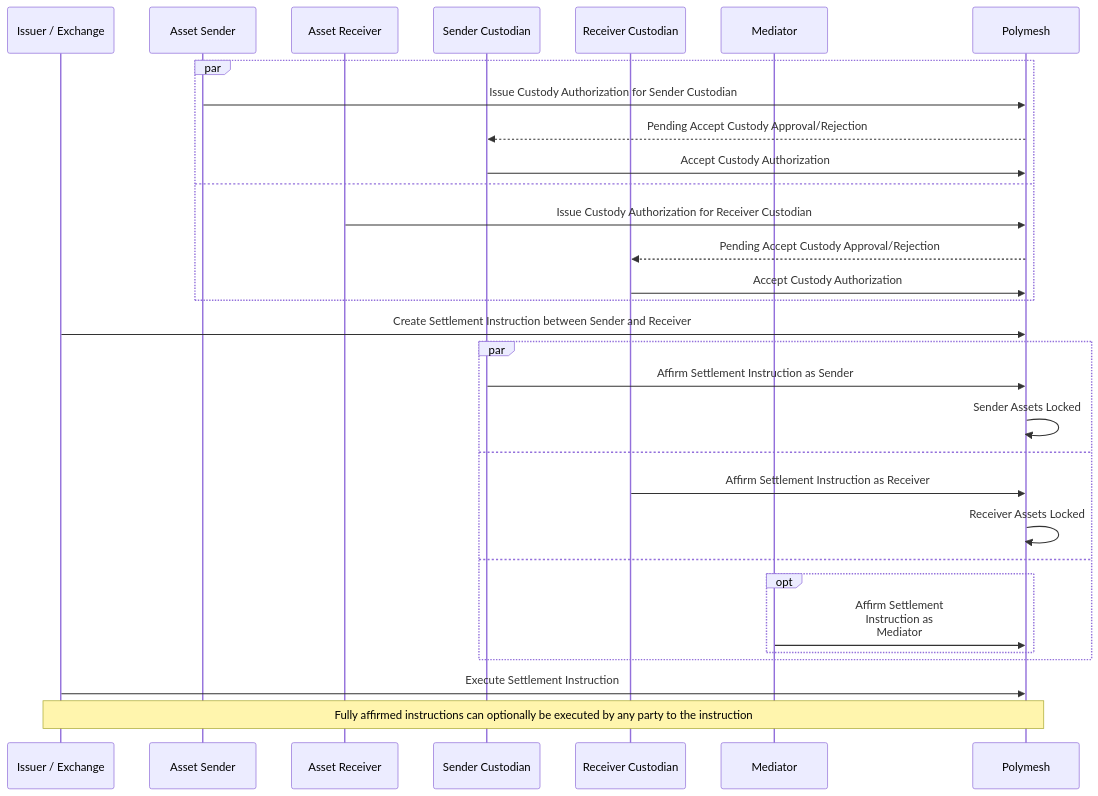
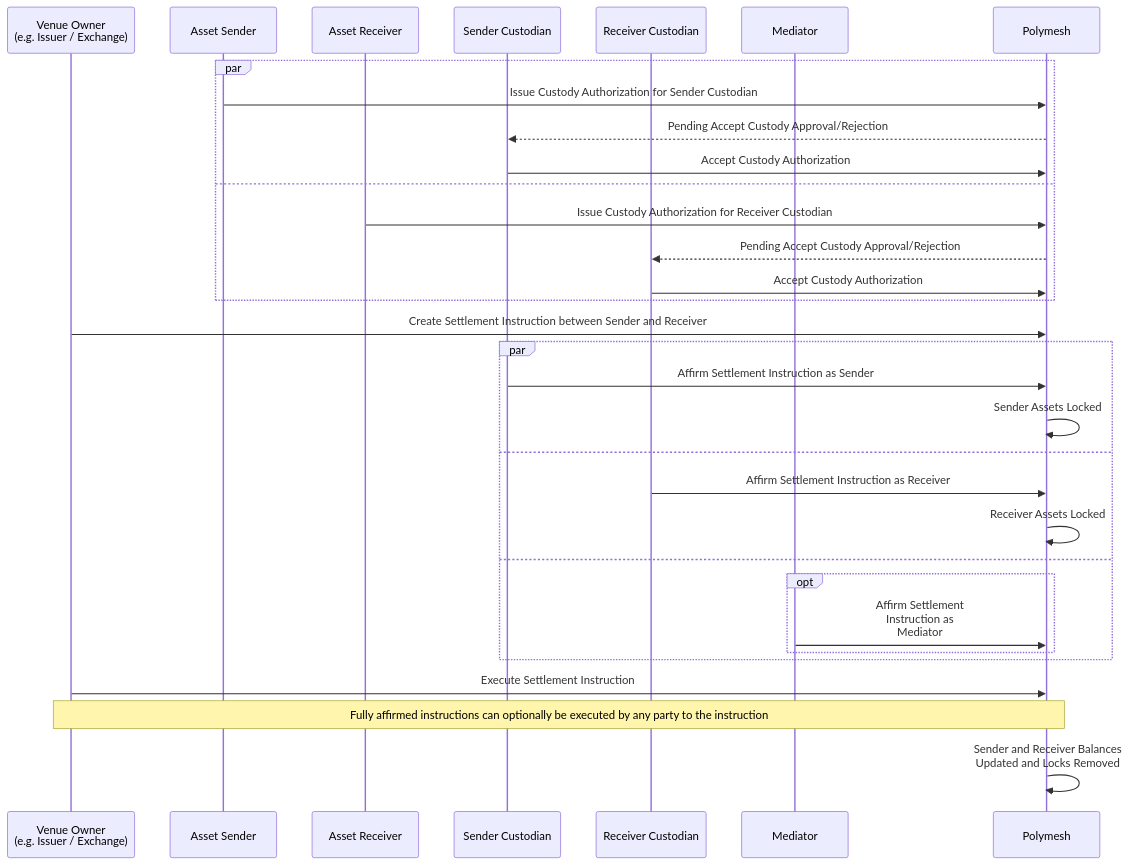
One commit to PolymeshAssociation/polymesh-documentation-site changed the fourth of 5 diagrams in polymesh-docs/primitives/settlement/settlement-diagrams.mdx. Above: the diagram before and after it, drawn with Mermaid. The commit also changed other lines of this file, not shown here.

Commit message:
change "Issuer / Exchange" to "Venue Owner"

````diff
--- a/polymesh-docs/primitives/settlement/settlement-diagrams.mdx
+++ b/polymesh-docs/primitives/settlement/settlement-diagrams.mdx
@@ -103,38 +103,38 @@
 ```mermaid
 sequenceDiagram
-participant I as Issuer / Exchange
+participant I as Venue Owner<br>(e.g. Issuer / Exchange)
 participant S as Asset Sender
 participant R as Asset Receiver
 participant SC as Sender Custodian
 participant RC as Receiver Custodian
 participant M as Mediator
 participant P as Polymesh
 
 par
   S ->> P: Issue Custody Authorization for Sender Custodian
-  P -->> SC: Pending Accept Custody Approval/Rejection  
+  P -->> SC: Pending Accept Custody Approval/Rejection
   SC ->> P: Accept Custody Authorization
 and
   R ->> P: Issue Custody Authorization for Receiver Custodian
-  P -->> RC: Pending Accept Custody Approval/Rejection  
+  P -->> RC: Pending Accept Custody Approval/Rejection
   RC ->> P: Accept Custody Authorization
 end
 
 I ->> P: Create Settlement Instruction between Sender and Receiver
 
 par
   SC ->> P: Affirm Settlement Instruction as Sender
   P ->> P: Sender Assets Locked
 and
   RC ->> P: Affirm Settlement Instruction as Receiver
   P ->> P: Receiver Assets Locked
 and
   opt
     M ->> P: Affirm Settlement<br>Instruction as<br>Mediator
   end
 end
 
 I ->> P: Execute Settlement Instruction
 Note over I,P: Fully affirmed instructions can optionally be executed by any party to the instruction
-
+P ->> P: Sender and Receiver Balances<br>Updated and Locks Removed
 ```
````
